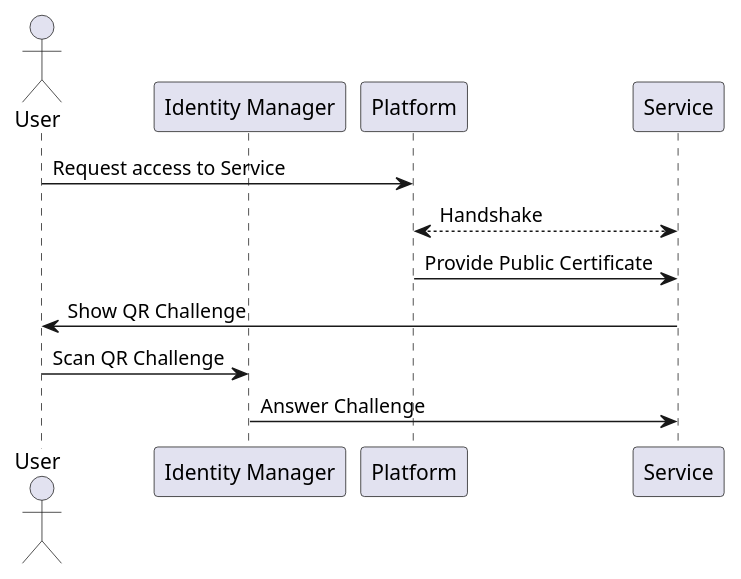
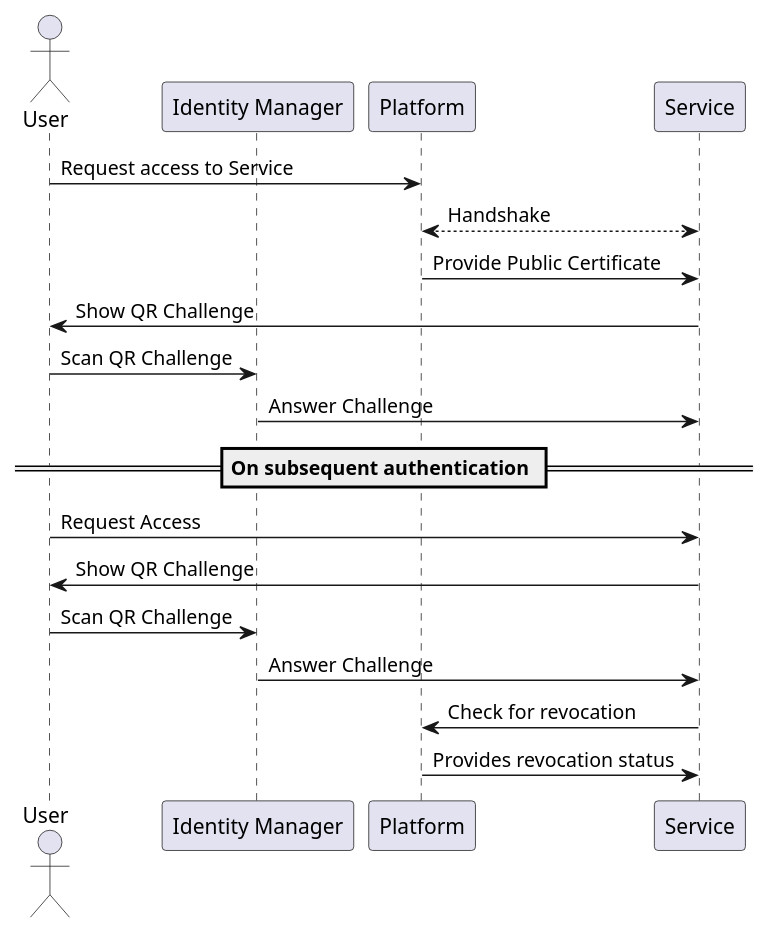
One commit to Gisleburt/open-metaverse-id changed the diagram in sequence_diagrams/examples/4.authenticate-with-service-via-platform.puml. Above: the diagram before and after it, drawn with PlantUML. The commit also changed 1 other file, not shown here.

Commit message:
Add subsequent logins to authenticate via platform

```diff
--- a/sequence_diagrams/examples/4.authenticate-with-service-via-platform.puml
+++ b/sequence_diagrams/examples/4.authenticate-with-service-via-platform.puml
@@ -1,15 +1,23 @@
 @startuml
 
 actor "User" as user
 participant "Identity Manager" as im
 participant Platform as plat
 participant Service as serv
 
 user -> plat: Request access to Service
 plat <--> serv: Handshake
 plat -> serv: Provide Public Certificate
 serv -> user: Show QR Challenge
 user -> im: Scan QR Challenge
 im -> serv: Answer Challenge
 
+== On subsequent authentication ==
+
+user -> serv: Request Access
+serv -> user: Show QR Challenge
+user -> im: Scan QR Challenge
+im -> serv: Answer Challenge
+serv -> plat: Check for revocation
+plat -> serv: Provides revocation status
 @enduml
```
